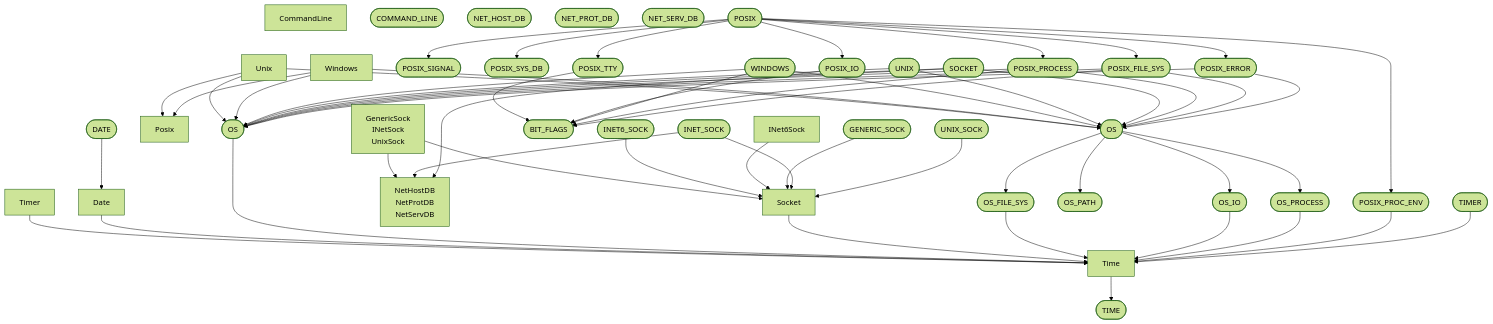
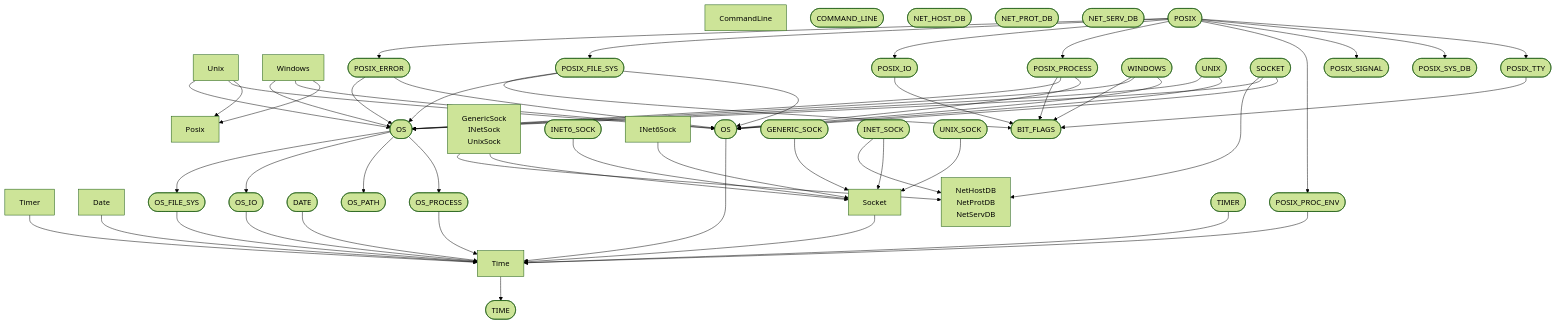
Before and after one commit to ruudkoot/rune: the seventh of 9 diagrams in docs/generated/basis/depends.md, drawn with Mermaid (forest theme). The commit also changed other lines of this file and 15 other files, not shown here.

```diff
--- a/docs/generated/basis/depends.md
+++ b/docs/generated/basis/depends.md
@@ -339,7 +337,7 @@
   n82 --> n132
   n82 --> n64
   n82 --> n70
-  n97 --> n63
+  n97 --> n61
   n99 --> n76
   n101 --> n77
   n101 --> n76
```
